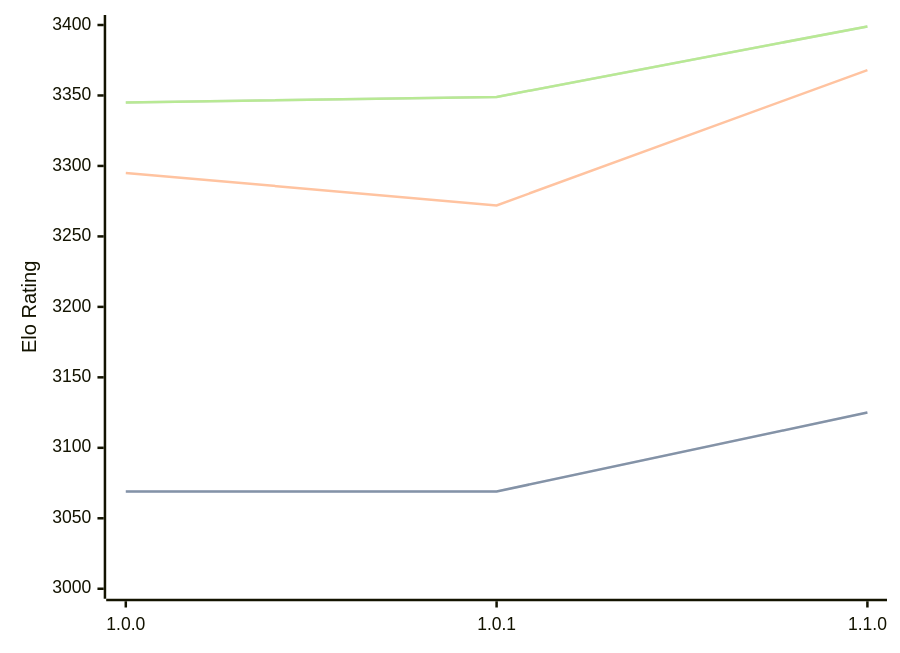
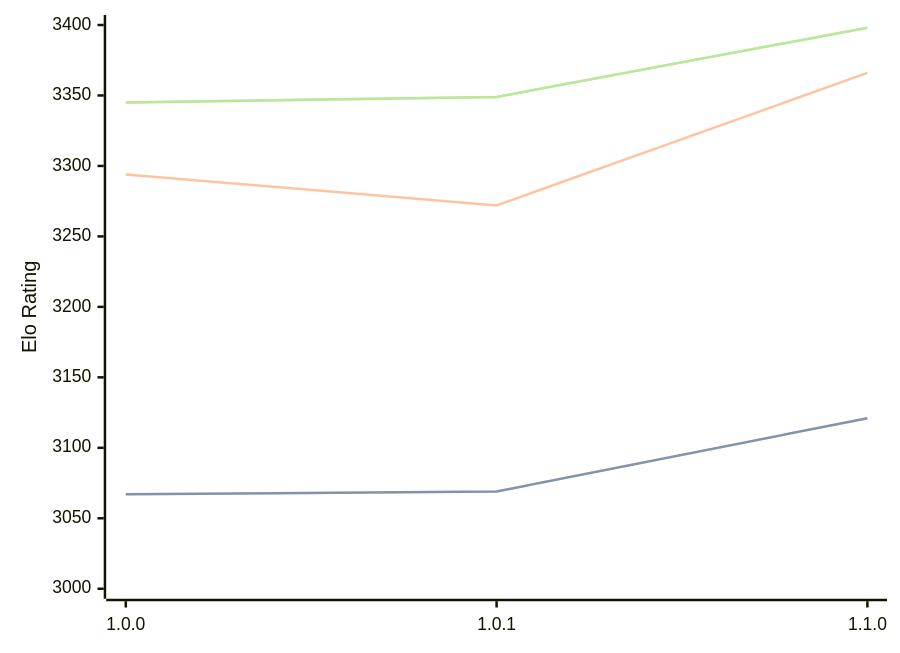
One commit to computer-chess-index/cci changed the diagram in engines/Ursus.md. Above: the diagram before and after it, drawn with Mermaid. The commit also changed other lines of this file, not shown here.

Commit message:
Update CCI Ratings (ELO VLTC) - 2026-09-03

````diff
--- a/engines/Ursus.md
+++ b/engines/Ursus.md
@@ -33,11 +33,11 @@
 ```mermaid
 %%{init: {"theme":"base","themeVariables":{"seriesColors:['#a3a3a3','#222221','#faa371']}}}%%
 xychart-beta
   x-axis ["1.0.0", "1.0.1", "1.1.0"]
   y-axis "Elo Rating" 3000 --> 3400
-  line "" [3069, 3069, 3125]
-  line "STC (8.0+0.08s)" [3069, 3069, 3125]
-  line "LTC (60.0+0.60s)" [3295, 3272, 3368]
-  line "" [3345, 3349, 3399]
-  line "VLTC (2m24s+1.12s)" [3345, 3349, 3399]
+  line "" [3067, 3069, 3121]
+  line "STC (8.0+0.08s)" [3067, 3069, 3121]
+  line "LTC (60.0+0.60s)" [3294, 3272, 3366]
+  line "" [3345, 3349, 3398]
+  line "VLTC (2m24s+1.12s)" [3345, 3349, 3398]
 ```
````
